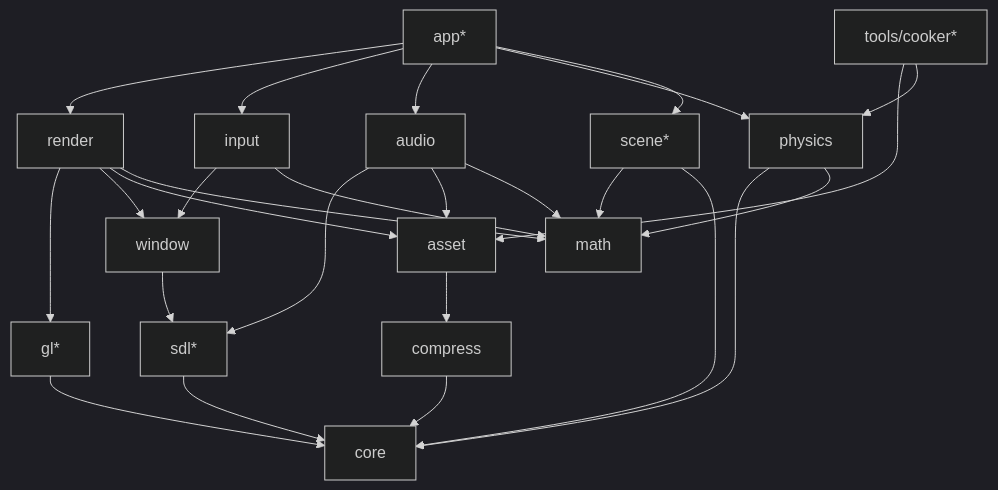
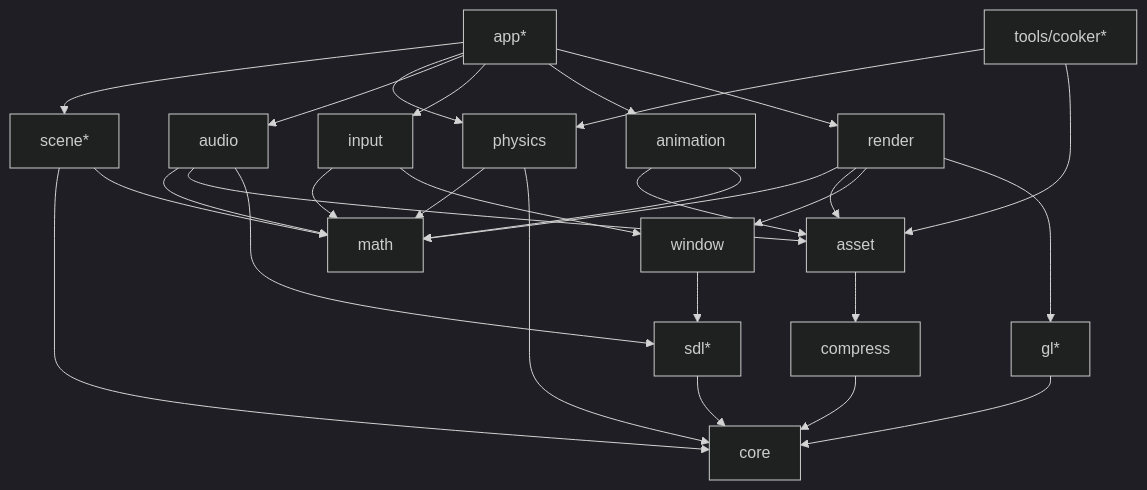
Before and after one commit to ilumar589/JEddyFramework: the diagram in docs/DESIGN.md, drawn with Mermaid (dark theme). The commit also changed other lines of this file and 59 other files, not shown here.

````diff
--- a/docs/DESIGN.md
+++ b/docs/DESIGN.md
@@ -85,30 +86,33 @@
 ```mermaid
 graph TD
   core[core]
   math[math]
   compress[compress] --> core
   sdl[sdl*] --> core
   gl[gl*] --> core
   window[window] --> sdl
   input[input] --> window
   input --> math
   asset[asset] --> compress
   render[render] --> gl
   render --> window
   render --> asset
   render --> math
   audio[audio] --> sdl
   audio --> asset
   audio --> math
   physics[physics] --> core
   physics --> math
   scene[scene*] --> math
   scene --> core
+  animation[animation] --> math
+  animation --> asset
   app[app*] --> render
+  app --> animation
   app --> input
   app --> audio
   app --> physics
   app --> scene
   cooker[tools/cooker*] --> asset
   cooker --> physics
 ```
````
